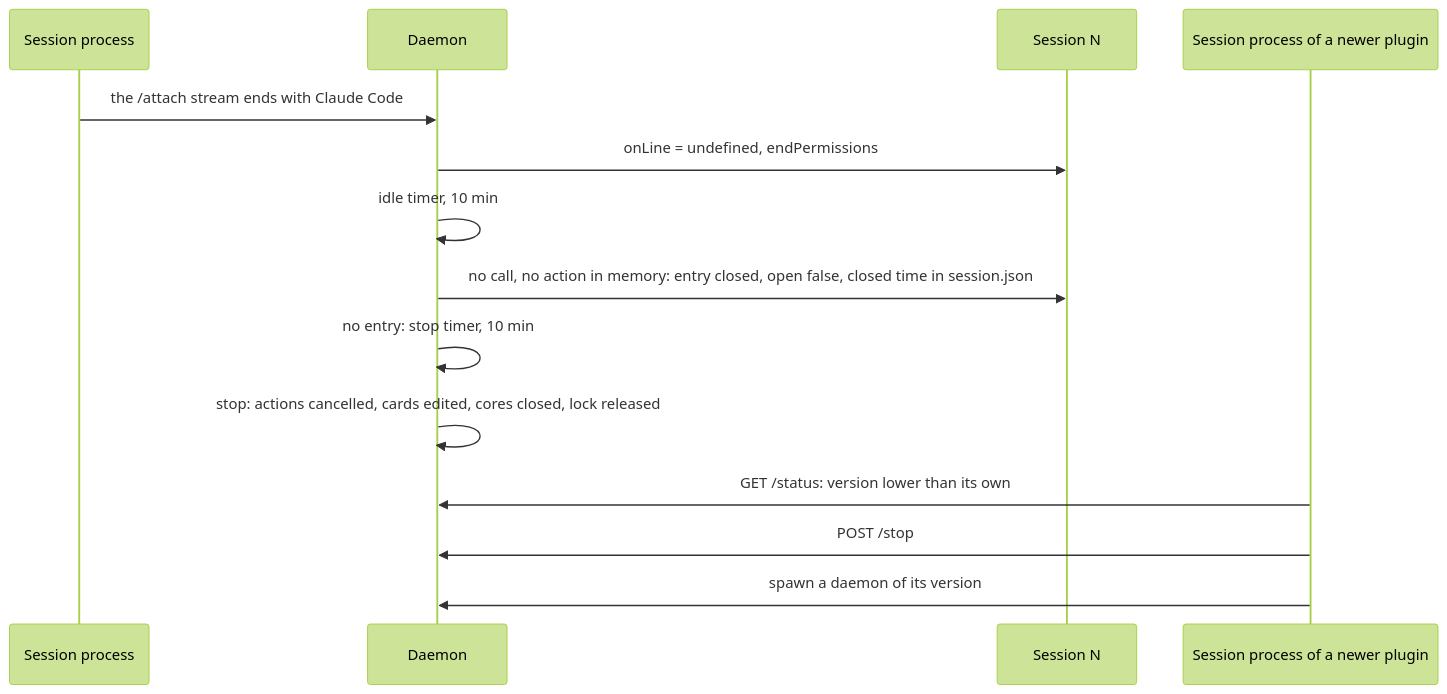
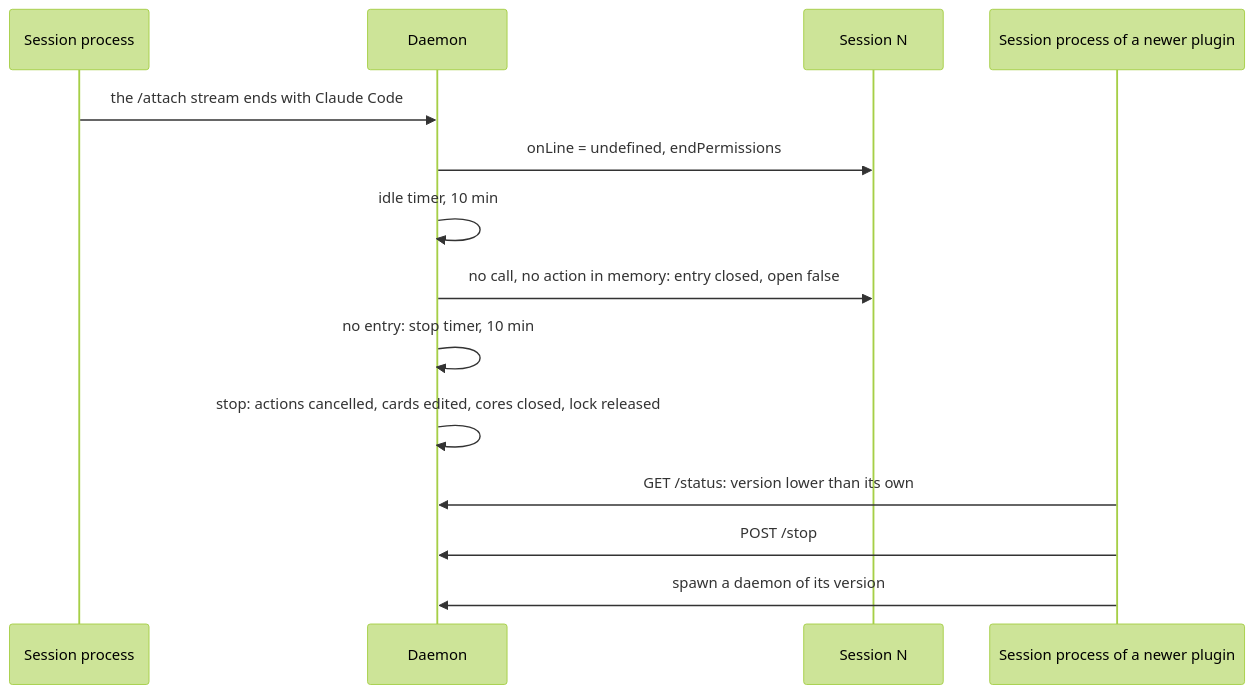
Diagram 26 of 29 in packages/simplex-chat-mcp/spec/flows.md (simplex-chat/simplex-chat), drawn with Mermaid (forest theme) before and after one commit. The commit also changed other lines of this file and 3 other files, not shown here.

````diff
--- a/packages/simplex-chat-mcp/spec/flows.md
+++ b/packages/simplex-chat-mcp/spec/flows.md
@@ -1116,16 +1118,16 @@
 ```mermaid
 sequenceDiagram
   participant S as Session process
   participant D as Daemon
   participant N as Session N
   participant S2 as Session process of a newer plugin
   S->>D: the /attach stream ends with Claude Code
   D->>N: onLine = undefined, endPermissions
   D->>D: idle timer, 10 min
-  D->>N: no call, no action in memory: entry closed, open false, closed time in session.json
+  D->>N: no call, no action in memory: entry closed, open false
   D->>D: no entry: stop timer, 10 min
   D->>D: stop: actions cancelled, cards edited, cores closed, lock released
   S2->>D: GET /status: version lower than its own
   S2->>D: POST /stop
   S2->>D: spawn a daemon of its version
 ```
````
